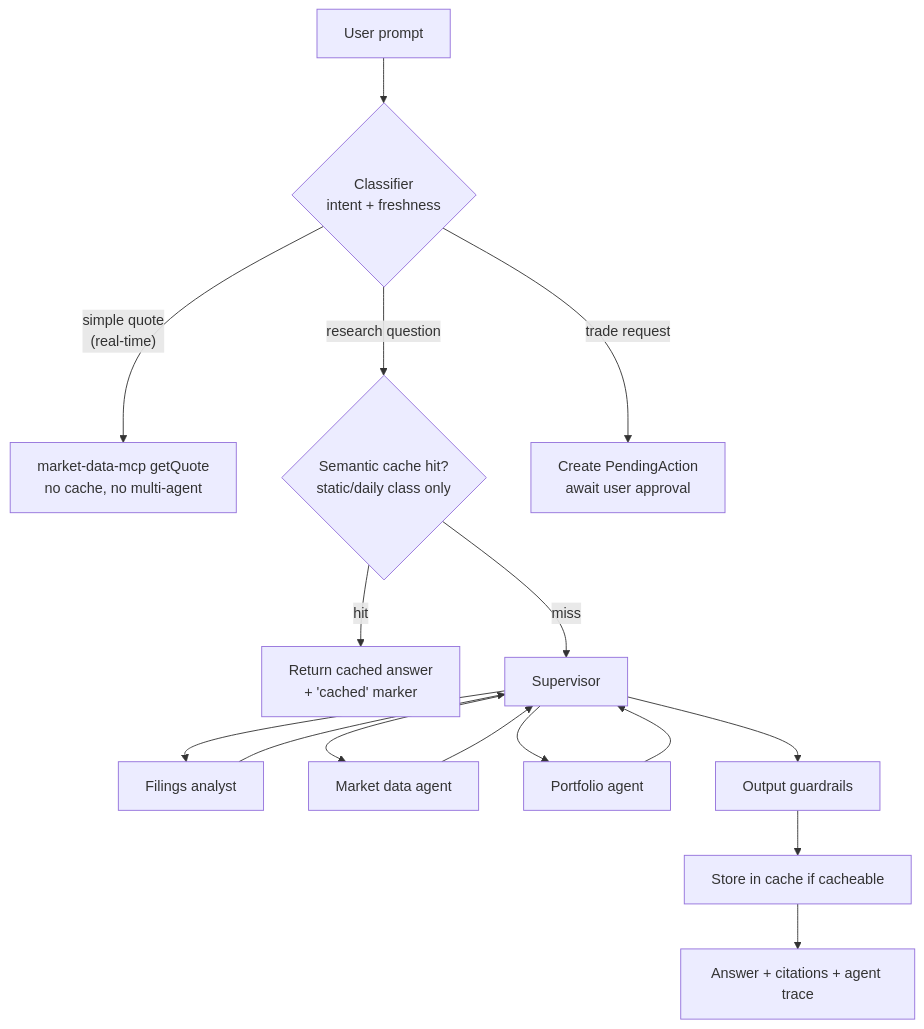
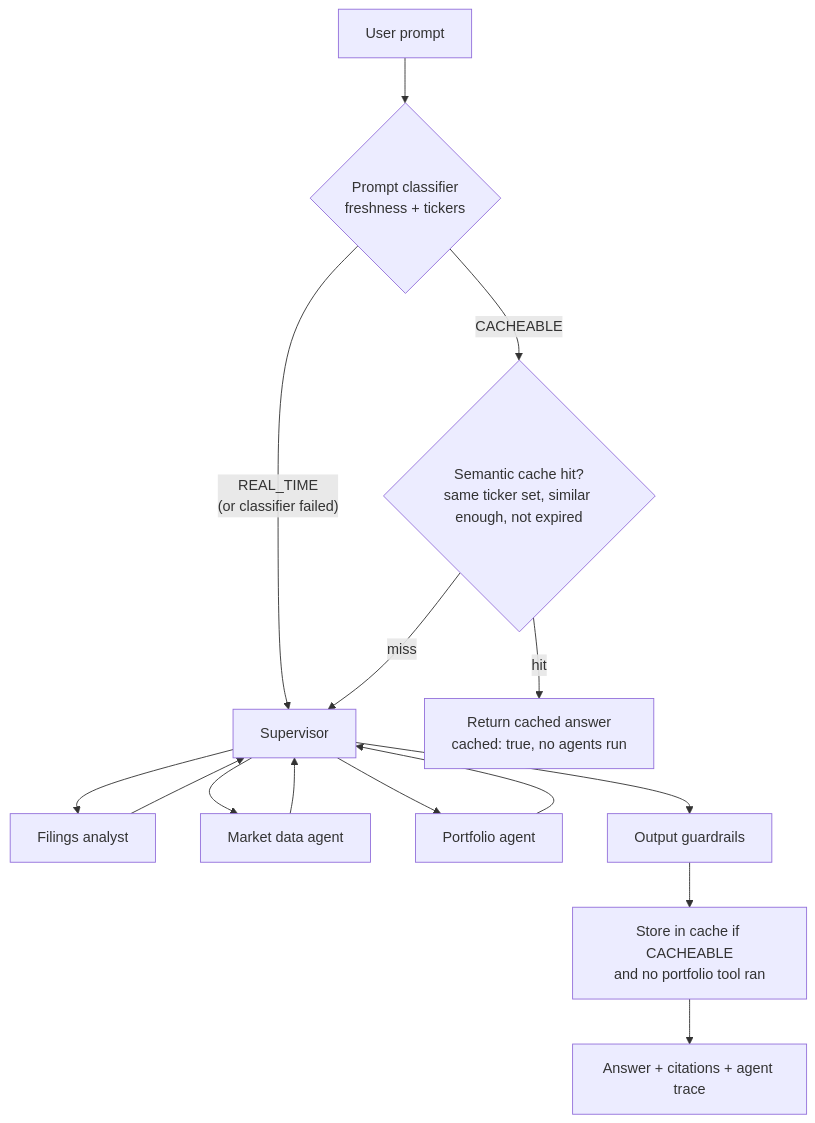
Before and after one commit to sri-chalam/stock-research-agent: the second of 4 diagrams in docs/requirements/stock-research-agent-spec.md, drawn with Mermaid. The commit also changed other lines of this file and 4 other files, not shown here.

Commit message:
Reduce Iteration 4 in spec and docs to the prompt classifier (REAL_TIME/CACHEABLE + tickers) and semantic cache, defer quote bypass, per-class TTLs, dashboard and eval-based routing, amend ADR 0012 to move agent-app to amazonlinux:2023

````diff
--- a/docs/requirements/stock-research-agent-spec.md
+++ b/docs/requirements/stock-research-agent-spec.md
@@ -144,14 +144,13 @@
 ```mermaid
 flowchart TD
-    Q[User prompt] --> C{Classifier<br/>intent + freshness}
-    C -- "simple quote<br/>(real-time)" --> T[market-data-mcp getQuote<br/>no cache, no multi-agent]
-    C -- "research question" --> K{Semantic cache hit?<br/>static/daily class only}
-    K -- hit --> R[Return cached answer<br/>+ 'cached' marker]
-    K -- miss --> S[Supervisor]
+    Q[User prompt] --> C{Prompt classifier<br/>freshness + tickers}
+    C -- "REAL_TIME<br/>(or classifier failed)" --> S[Supervisor]
+    C -- "CACHEABLE" --> K{Semantic cache hit?<br/>same ticker set, similar enough, not expired}
+    K -- hit --> R[Return cached answer<br/>cached: true, no agents run]
+    K -- miss --> S
     S --> A1[Filings analyst]
     S --> A2[Market data agent]
     S --> A3[Portfolio agent]
     A1 & A2 & A3 --> S
-    S --> O[Output guardrails] --> W[Store in cache if cacheable] --> Ans[Answer + citations + agent trace]
-    C -- "trade request" --> P[Create PendingAction<br/>await user approval]
+    S --> O[Output guardrails] --> W[Store in cache if CACHEABLE<br/>and no portfolio tool ran] --> Ans[Answer + citations + agent trace]
 ```
````
